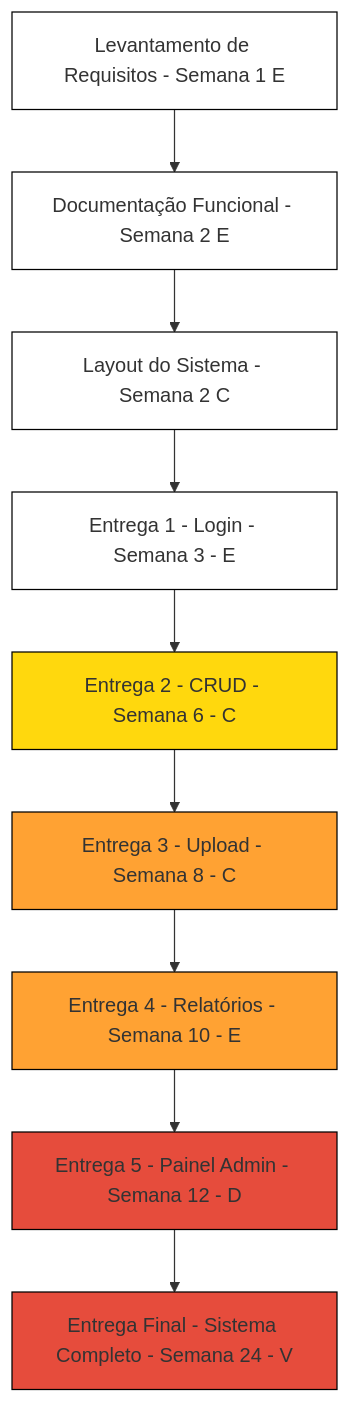
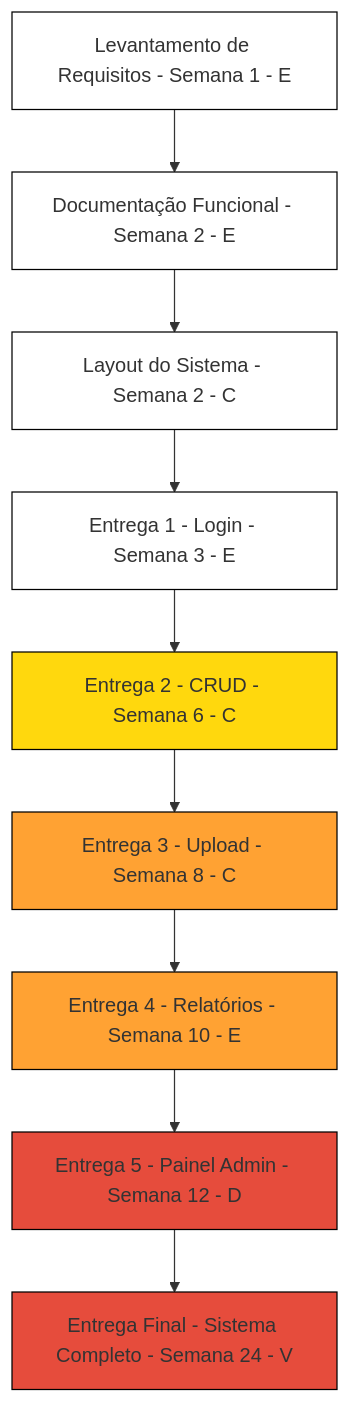
The first of 3 diagrams in README.md (AnandaMazine/Metodo-Agil-Crystal), drawn with Mermaid before and after one commit.

````diff
--- a/README.md
+++ b/README.md
@@ -3,21 +3,21 @@
 ```mermaid
 graph TD
-    E1["Levantamento de Requisitos - Semana 1 E"]:::branco
-    E2["Documentação Funcional - Semana 2 E"]:::branco
-    E3["Layout do Sistema - Semana 2 C"]:::branco
+    E1["Levantamento de Requisitos - Semana 1 - E"]:::branco
+    E2["Documentação Funcional - Semana 2 - E"]:::branco
+    E3["Layout do Sistema - Semana 2 - C"]:::branco
     E4["Entrega 1 - Login - Semana 3 - E"]:::branco
     E5["Entrega 2 - CRUD - Semana 6 - C"]:::amarelo
     E6["Entrega 3 - Upload - Semana 8 - C"]:::laranja
     E7["Entrega 4 - Relatórios - Semana 10 - E"]:::laranja
     E8["Entrega 5 - Painel Admin - Semana 12 - D"]:::vermelho
     E9["Entrega Final - Sistema Completo - Semana 24 - V"]:::vermelho
 
     E1 --> E2 --> E3 --> E4 --> E5 --> E6 --> E7 --> E8 --> E9
 
 %% Definições de estilo
 classDef branco fill:#ffffff,stroke:#000,stroke-width:1px;
 classDef amarelo fill:#FFD80D,stroke:#000,stroke-width:1px;
 classDef laranja fill:#FFA233,stroke:#000,stroke-width:1px;
 classDef vermelho fill:#E64C3C,stroke:#000,stroke-width:1px;
 
 ```
````
